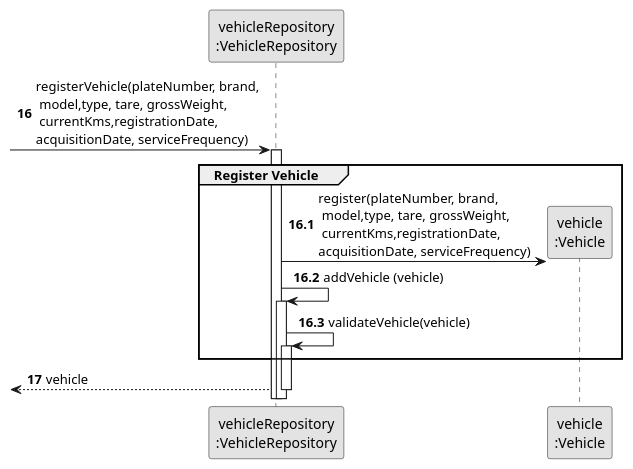
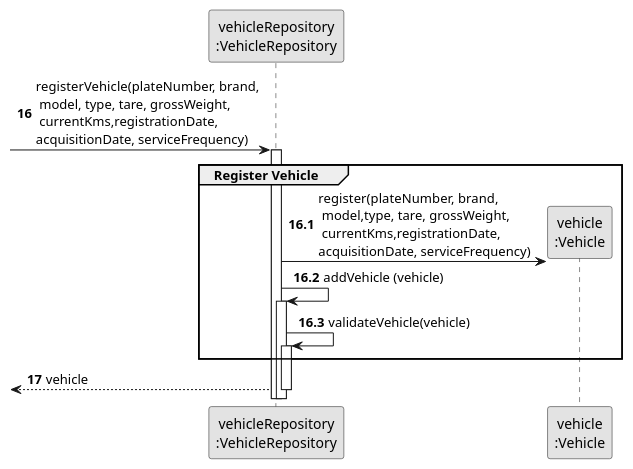
One commit to diogoveirospro/lei-24-s2-1dg-g072 changed the diagram in docs/sprintB/us006/03.design/puml/us006-sequence-diagram-partial-register-vehicle.puml. Above: the diagram before and after it, drawn with PlantUML. The commit also changed 13 other files, not shown here.

Commit message:
Made changes in the US006 class diagram and US007 design

```diff
--- a/docs/sprintB/us006/03.design/puml/us006-sequence-diagram-partial-register-vehicle.puml
+++ b/docs/sprintB/us006/03.design/puml/us006-sequence-diagram-partial-register-vehicle.puml
@@ -1,30 +1,30 @@
 @startuml
 skinparam monochrome true
 skinparam packageStyle rectangle
 skinparam shadowing false
 
 participant "vehicleRepository\n:VehicleRepository" as ORG
 participant "vehicle\n:Vehicle" as VEHICLE
 
 autonumber 16
--> ORG: registerVehicle(plateNumber, brand,\n model,type, tare, grossWeight,\n currentKms,registrationDate,\nacquisitionDate, serviceFrequency)
+-> ORG: registerVehicle(plateNumber, brand,\n model, type, tare, grossWeight,\n currentKms,registrationDate,\nacquisitionDate, serviceFrequency)
 
 autonumber 16.1
 activate ORG
     group Register Vehicle
 
         ORG -> VEHICLE**: register(plateNumber, brand,\n model,type, tare, grossWeight,\n currentKms,registrationDate,\nacquisitionDate, serviceFrequency)
         ORG -> ORG: addVehicle (vehicle)
 
         activate ORG
             ORG -> ORG: validateVehicle(vehicle)
             activate ORG
 
     end
 
     autonumber 17
     <-- ORG : vehicle
 deactivate ORG
 
 
 @enduml
```
